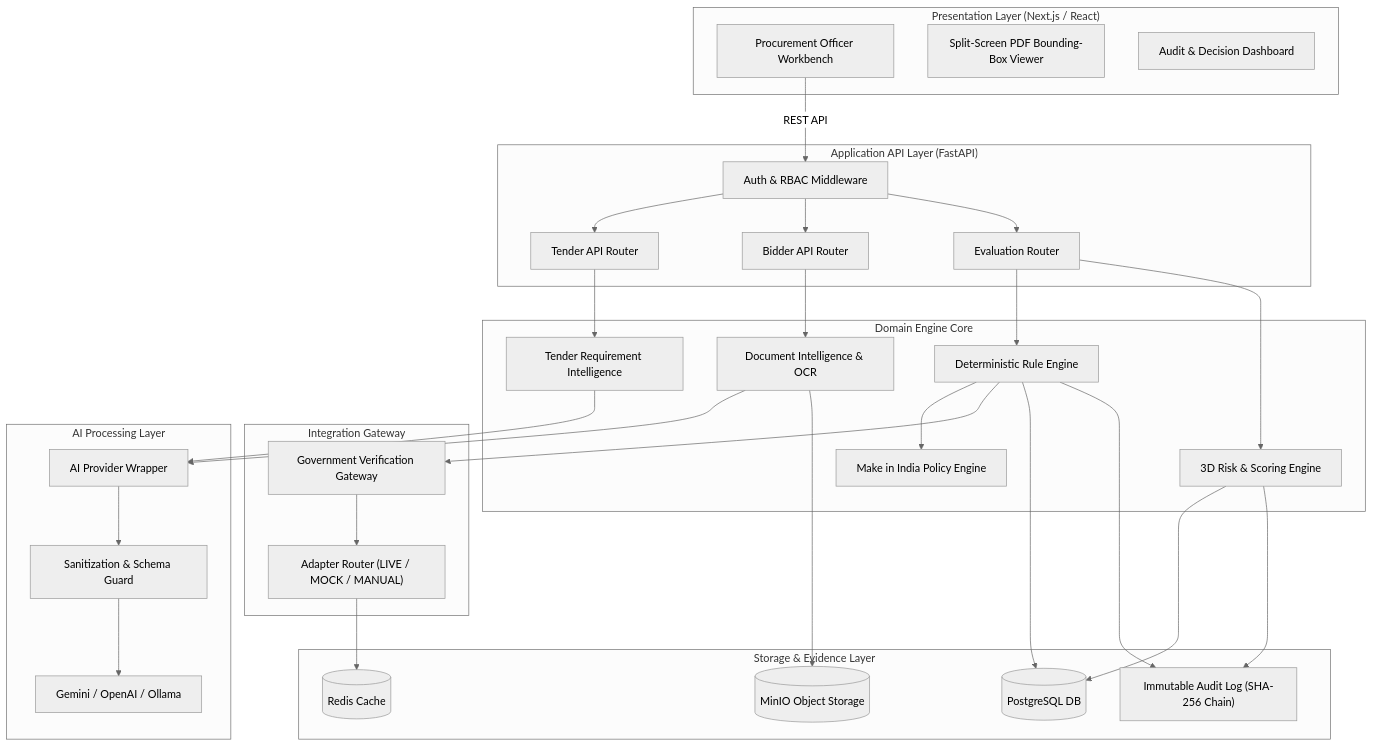
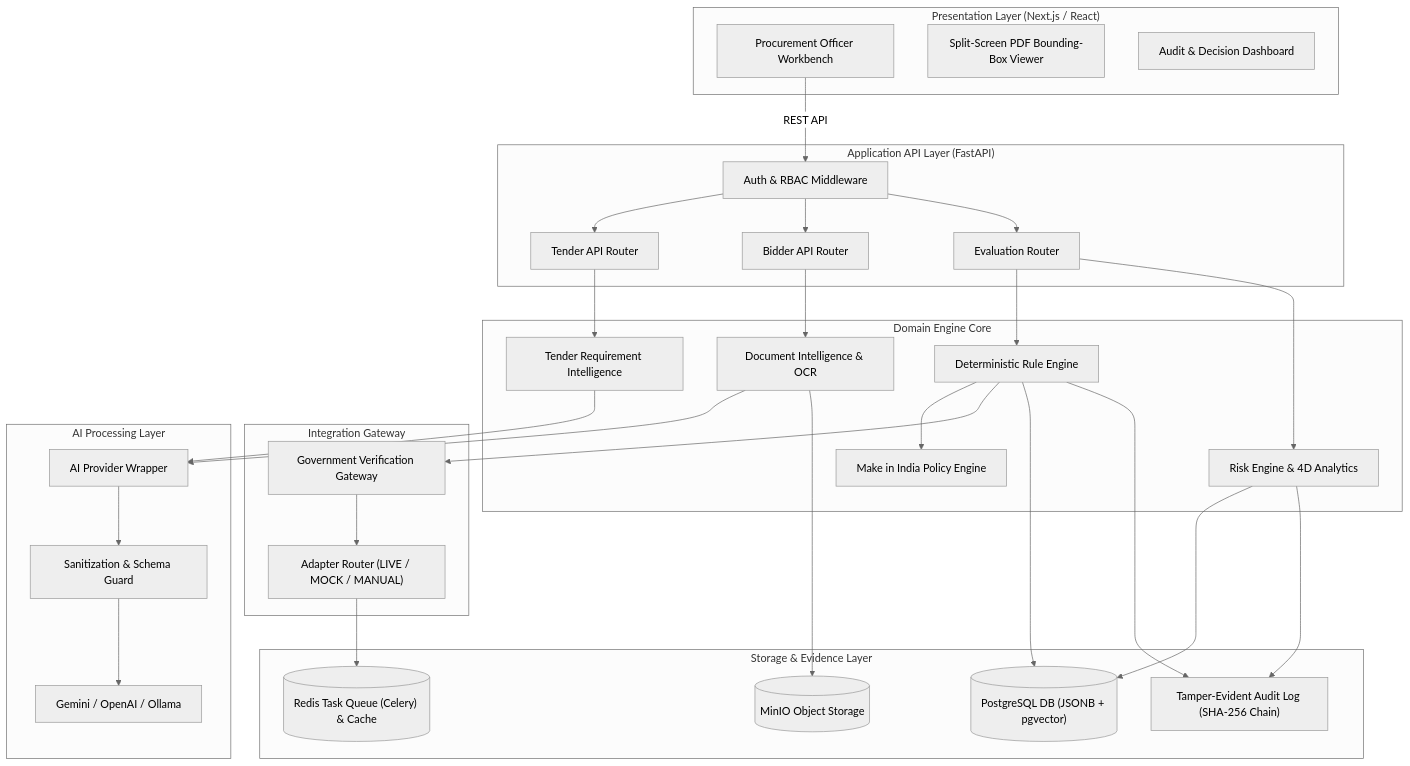
One commit to adityapaithankar25uml-debug/sih26100-bid-compliance changed the first of 8 diagrams in docs/PHASE_1_DATA_FLOW.md. Above: the diagram before and after it, drawn with Mermaid (neutral theme). The commit also changed other lines of this file and 4 other files, not shown here.

Commit message:
docs(phase-1): apply targeted architectural corrections to ADR-004, ADR-009, ADR-010, ADR-012

````diff
--- a/docs/PHASE_1_DATA_FLOW.md
+++ b/docs/PHASE_1_DATA_FLOW.md
@@ -22,54 +22,54 @@
 ```mermaid
 flowchart TD
     subgraph UI ["Presentation Layer (Next.js / React)"]
         A1["Procurement Officer Workbench"]
         A2["Split-Screen PDF Bounding-Box Viewer"]
         A3["Audit & Decision Dashboard"]
     end
 
     subgraph API ["Application API Layer (FastAPI)"]
         B1["Auth & RBAC Middleware"]
         B2["Tender API Router"]
         B3["Bidder API Router"]
         B4["Evaluation Router"]
     end
 
     subgraph CORE ["Domain Engine Core"]
         C1["Tender Requirement Intelligence"]
         C2["Document Intelligence & OCR"]
         C3["Deterministic Rule Engine"]
         C4["Make in India Policy Engine"]
-        C5["3D Risk & Scoring Engine"]
+        C5["Risk Engine & 4D Analytics"]
     end
 
     subgraph GW ["Integration Gateway"]
         D1["Government Verification Gateway"]
         D2["Adapter Router (LIVE / MOCK / MANUAL)"]
     end
 
     subgraph AI ["AI Processing Layer"]
         E1["AI Provider Wrapper"]
         E2["Sanitization & Schema Guard"]
         E3["Gemini / OpenAI / Ollama"]
     end
 
     subgraph DATA ["Storage & Evidence Layer"]
-        F1[("PostgreSQL DB")]
+        F1[("PostgreSQL DB (JSONB + pgvector)")]
         F2[("MinIO Object Storage")]
-        F3[("Redis Cache")]
-        F4["Immutable Audit Log (SHA-256 Chain)"]
+        F3[("Redis Task Queue (Celery) & Cache")]
+        F4["Tamper-Evident Audit Log (SHA-256 Chain)"]
     end
 
     A1 -->|REST API| B1
     B1 --> B2 & B3 & B4
     B2 --> C1
     B3 --> C2
     B4 --> C3 & C5
     C1 & C2 --> E1
     E1 --> E2 --> E3
     C3 --> C4 & D1
     D1 --> D2
     C3 & C5 --> F1 & F4
     C2 --> F2
     D2 --> F3
 ```
````
